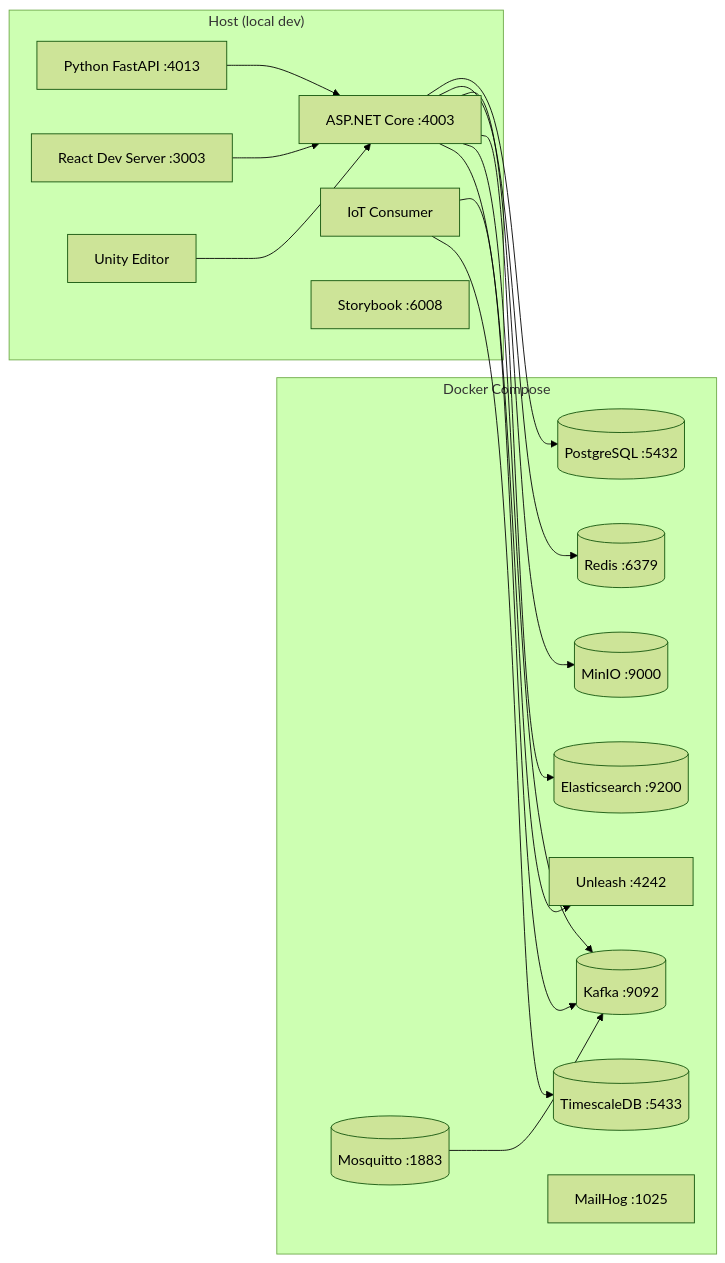
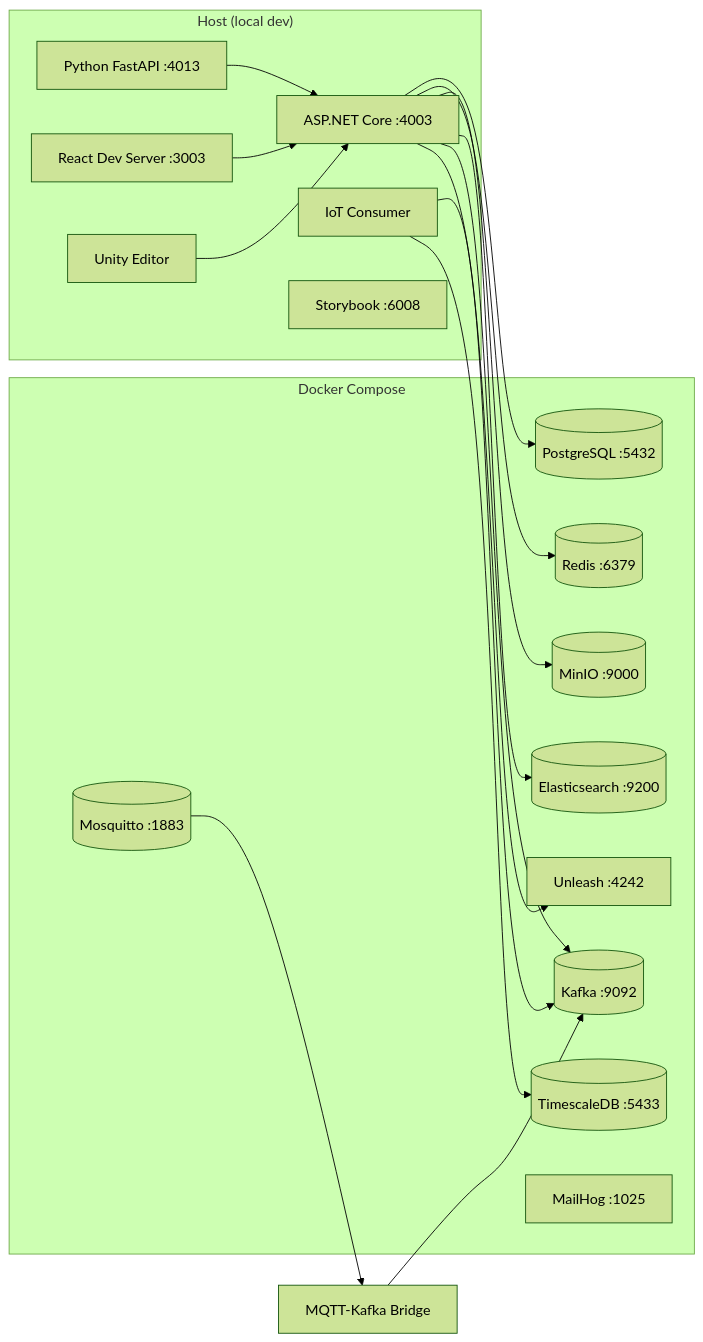
Before and after one commit to Eyolf6Coyote7/Eyolf6Coyote7: the tenth of 10 diagrams in 3d_asset_collaboration/docs/system_architecture.md, drawn with Mermaid (forest theme). The commit also changed other lines of this file, not shown here.

First line of the commit message:
🎨style#48: apply Gemini review fixes (10 items) for 3D Asset Architecture

````diff
--- a/3d_asset_collaboration/docs/system_architecture.md
+++ b/3d_asset_collaboration/docs/system_architecture.md
@@ -342,36 +343,37 @@
 ```mermaid
 graph LR
   subgraph "Docker Compose"
     PG[(PostgreSQL :5432)]
     TS[(TimescaleDB :5433)]
     RD[(Redis :6379)]
     KF[(Kafka :9092)]
     MIO[(MinIO :9000)]
     ES[(Elasticsearch :9200)]
     MQTT[(Mosquitto :1883)]
     UL[Unleash :4242]
     MH[MailHog :1025]
   end
 
   subgraph "Host (local dev)"
     API[ASP.NET Core :4003]
     AI[Python FastAPI :4013]
     IOT_C[IoT Consumer]
     WEB[React Dev Server :3003]
     UNITY[Unity Editor]
     SB[Storybook :6008]
   end
 
   WEB --> API
   UNITY --> API
   API --> PG
   API --> RD
   API --> MIO
   API --> ES
   API --> KF
   API --> UL
   AI --> API
   IOT_C --> KF
   IOT_C --> TS
-  MQTT --> KF
+  MQTT --> BRIDGE[MQTT-Kafka Bridge]
+  BRIDGE --> KF
 ```
````
